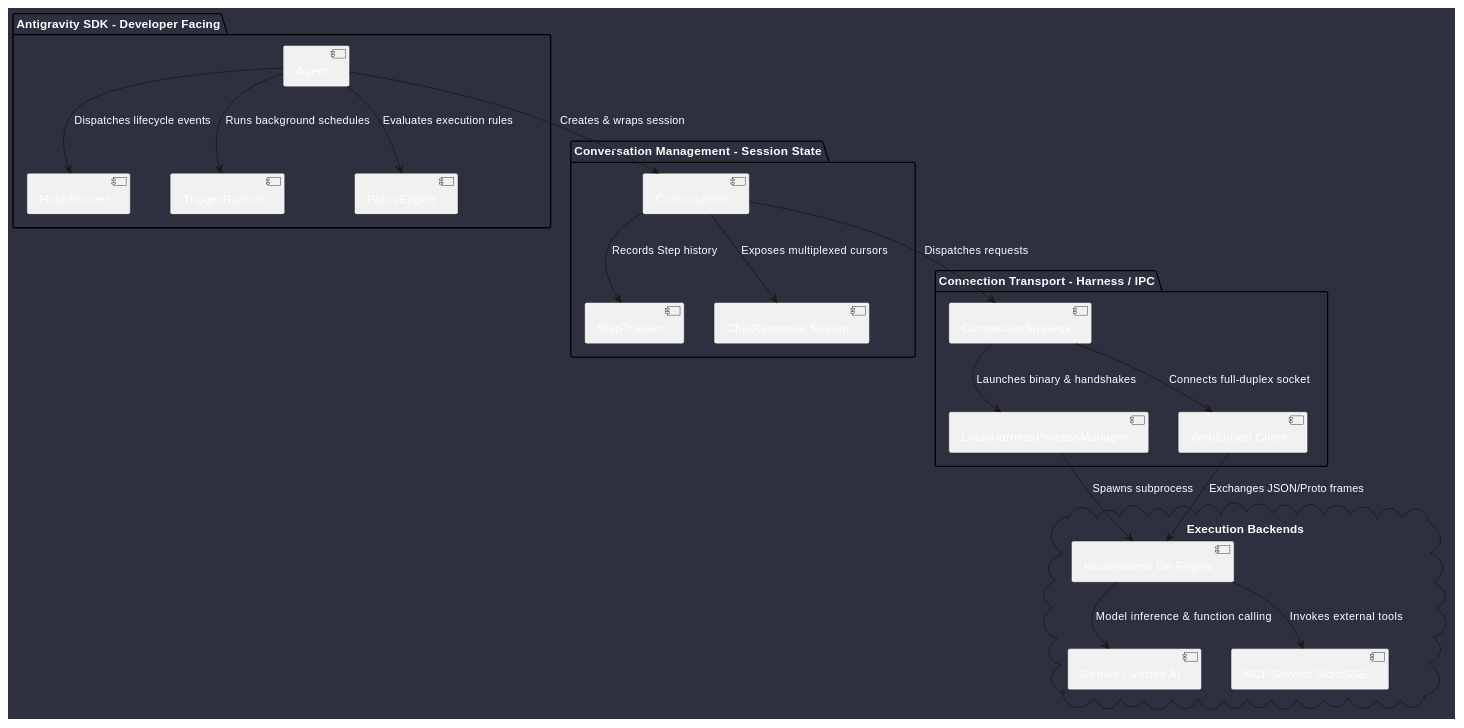
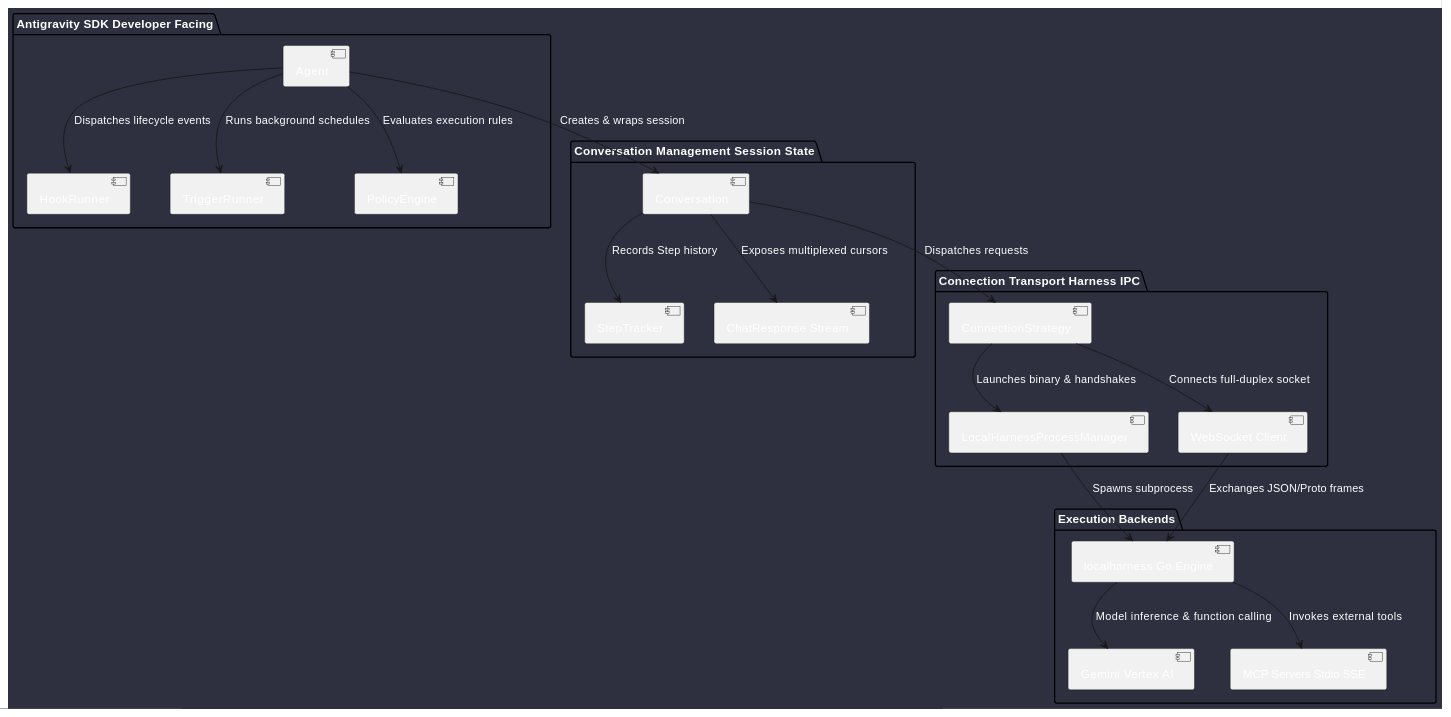
One commit to mlecabellec/omniwrench changed the first of 4 diagrams in doc/docs/reports/antigravity_sdk_analysis.md. Above: the diagram before and after it, drawn with PlantUML. The commit also changed other lines of this file and 2 other files, not shown here.

Commit message:
docs(quality): add ADR-0024 to ADR-0028, JavaParser AST, dual distribution, and 5-stage verification gate [WIP]
- Added ADR-0024: JavaParser as Core Static Analysis & AST Refactoring Engine
- Added ADR-0025: Dual Distribution Packaging (GraalVM Native Image + Executable Fat JAR)
- Added ADR-0026: Built-in Interactive Neon Diff Viewer with Hunk-by-Hunk Control
- Added ADR-0027: Hybrid Local BM25 and Embedded Vector RAG
- Added ADR-0028: Comprehensive 5-Stage Verification and Quality Gate Protocol
- Updated quality assurance index with 5-stage verification activity diagram
- Fixed PlantUML syntax in technical reports for 100% mkdocs-kit build compatibility
- Verified clean build and full test execution pass

````diff
--- a/doc/docs/reports/antigravity_sdk_analysis.md
+++ b/doc/docs/reports/antigravity_sdk_analysis.md
@@ -13,46 +13,45 @@
 ```plantuml
 @startuml
 skinparam backgroundColor #2e303f
 skinparam defaultFontColor #ffffff
-skinparam componentStyle uml2
 
-package "Antigravity SDK - Developer Facing" {
-  [Agent] as AGENT
-  [HookRunner] as HOOKS
-  [TriggerRunner] as TRIGGERS
-  [PolicyEngine] as POLICIES
+package "Antigravity SDK Developer Facing" {
+  component "Agent" as AGENT
+  component "HookRunner" as HOOKS
+  component "TriggerRunner" as TRIGGERS
+  component "PolicyEngine" as POLICIES
 }
 
-package "Conversation Management - Session State" {
-  [Conversation] as CONV
-  [StepTracker] as TRACKER
-  [ChatResponse Stream] as STREAM
+package "Conversation Management Session State" {
+  component "Conversation" as CONV
+  component "StepTracker" as TRACKER
+  component "ChatResponse Stream" as STREAM
 }
 
-package "Connection Transport - Harness / IPC" {
-  [ConnectionStrategy] as STRATEGY
-  [LocalHarnessProcessManager] as PROC
-  [WebSocket Client] as WS
+package "Connection Transport Harness IPC" {
+  component "ConnectionStrategy" as STRATEGY
+  component "LocalHarnessProcessManager" as PROC
+  component "WebSocket Client" as WS
 }
 
-cloud "Execution Backends" {
-  [localharness Go Engine] as HARNESS
-  [Gemini / Vertex AI] as GEMINI
-  [MCP Servers Stdio/SSE] as MCP
+package "Execution Backends" {
+  component "localharness Go Engine" as HARNESS
+  component "Gemini Vertex AI" as GEMINI
+  component "MCP Servers Stdio SSE" as MCP
 }
 
 AGENT --> HOOKS : Dispatches lifecycle events
 AGENT --> TRIGGERS : Runs background schedules
 AGENT --> POLICIES : Evaluates execution rules
 AGENT --> CONV : Creates & wraps session
 CONV --> TRACKER : Records Step history
 CONV --> STREAM : Exposes multiplexed cursors
 CONV --> STRATEGY : Dispatches requests
 STRATEGY --> PROC : Launches binary & handshakes
 STRATEGY --> WS : Connects full-duplex socket
 PROC --> HARNESS : Spawns subprocess
 WS --> HARNESS : Exchanges JSON/Proto frames
 HARNESS --> GEMINI : Model inference & function calling
 HARNESS --> MCP : Invokes external tools
 @enduml
 ```
````
